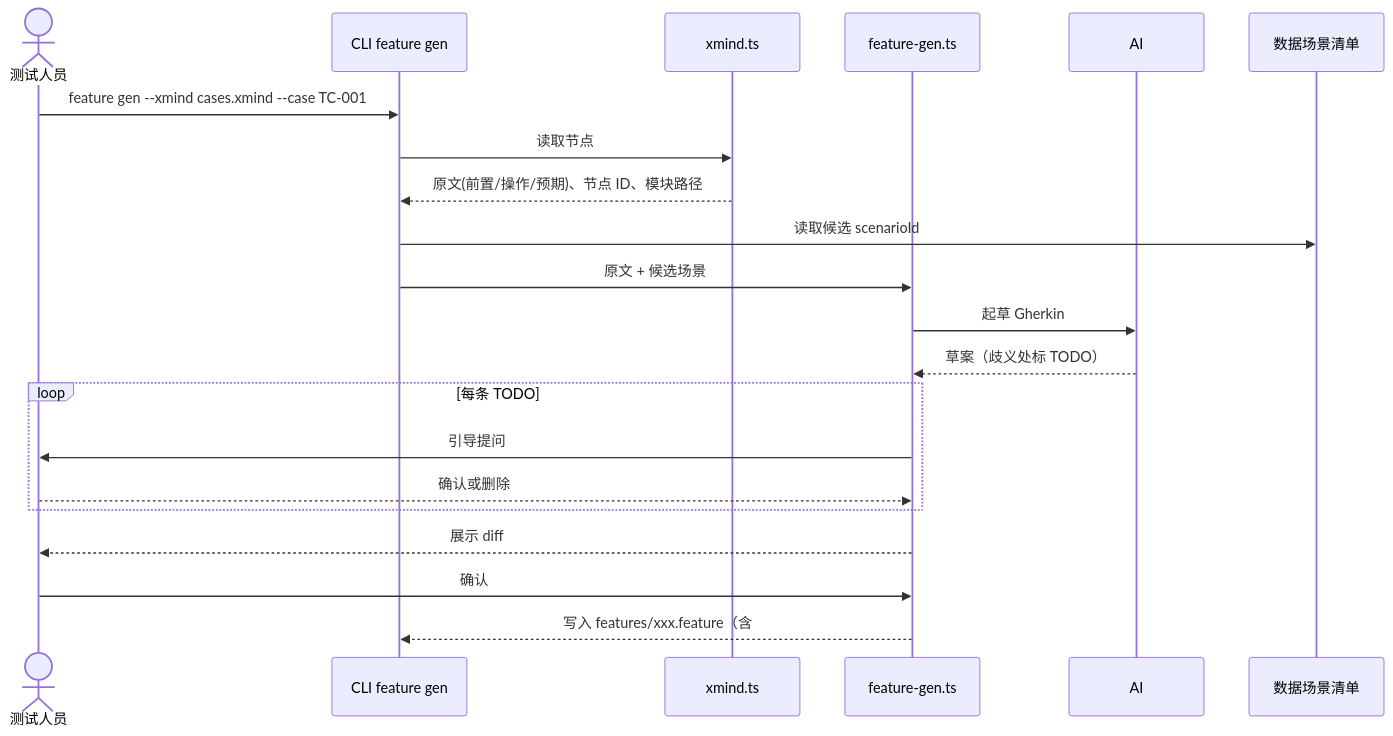
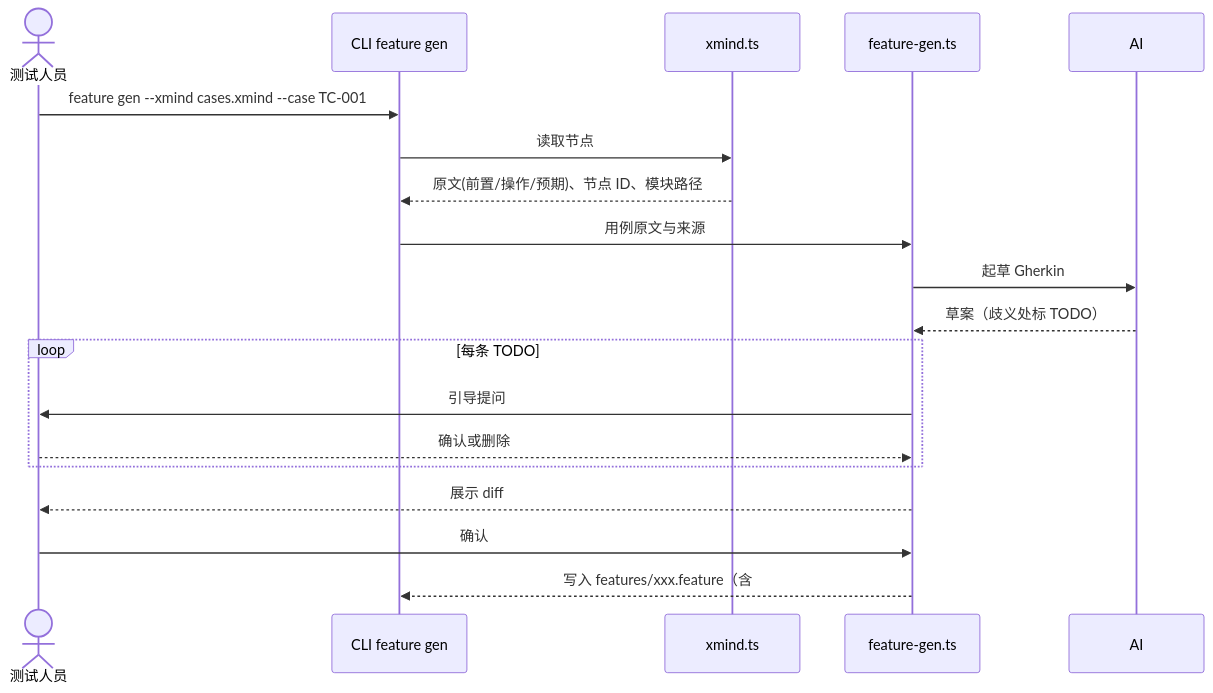
Before and after one commit to Mone-Lee/browser-automated: the second of 4 diagrams in docs/browser-test-technical-plan.md, drawn with Mermaid. The commit also changed other lines of this file and 5 other files, not shown here.

````diff
--- a/docs/browser-test-technical-plan.md
+++ b/docs/browser-test-technical-plan.md
@@ -114,24 +101,22 @@
 ```mermaid
 sequenceDiagram
     actor U as 测试人员
     participant C as CLI feature gen
     participant X as xmind.ts
     participant G as feature-gen.ts
     participant AI as AI
-    participant MF as 数据场景清单
 
     U->>C: feature gen --xmind cases.xmind --case TC-001
     C->>X: 读取节点
     X-->>C: 原文(前置/操作/预期)、节点 ID、模块路径
-    C->>MF: 读取候选 scenarioId
-    C->>G: 原文 + 候选场景
+    C->>G: 用例原文与来源
     G->>AI: 起草 Gherkin
     AI-->>G: 草案（歧义处标 TODO）
     loop 每条 TODO
         G->>U: 引导提问
         U-->>G: 确认或删除
     end
     G-->>U: 展示 diff
     U->>G: 确认
     G-->>C: 写入 features/xxx.feature（含 # source）
 ```
````
